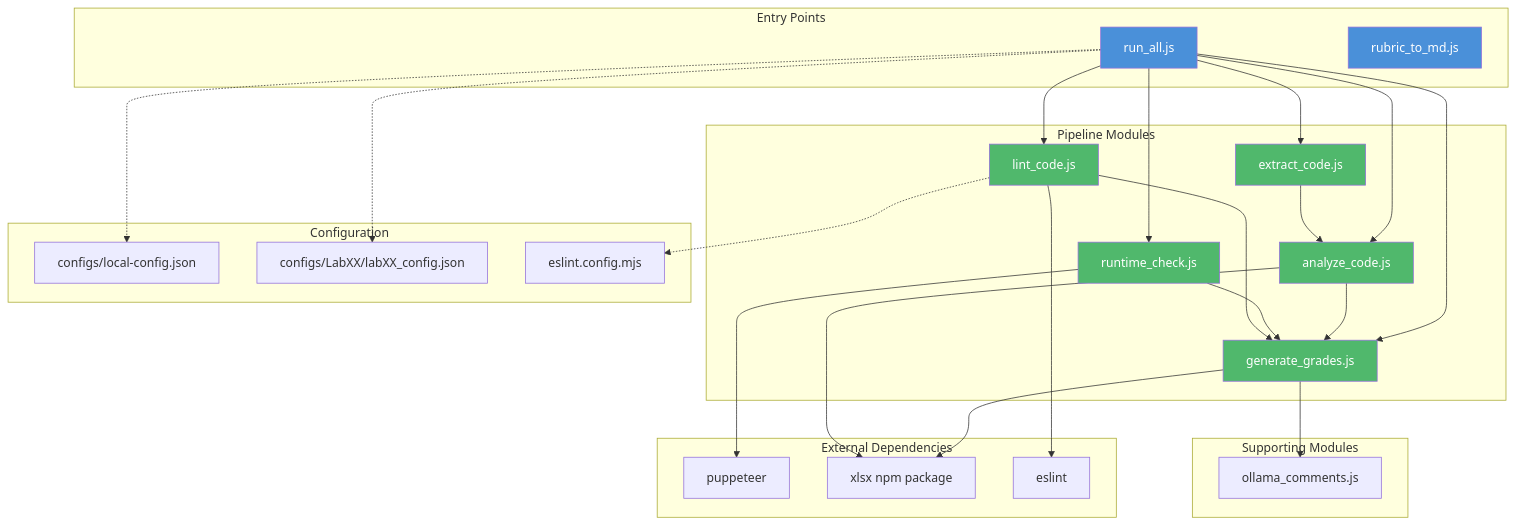
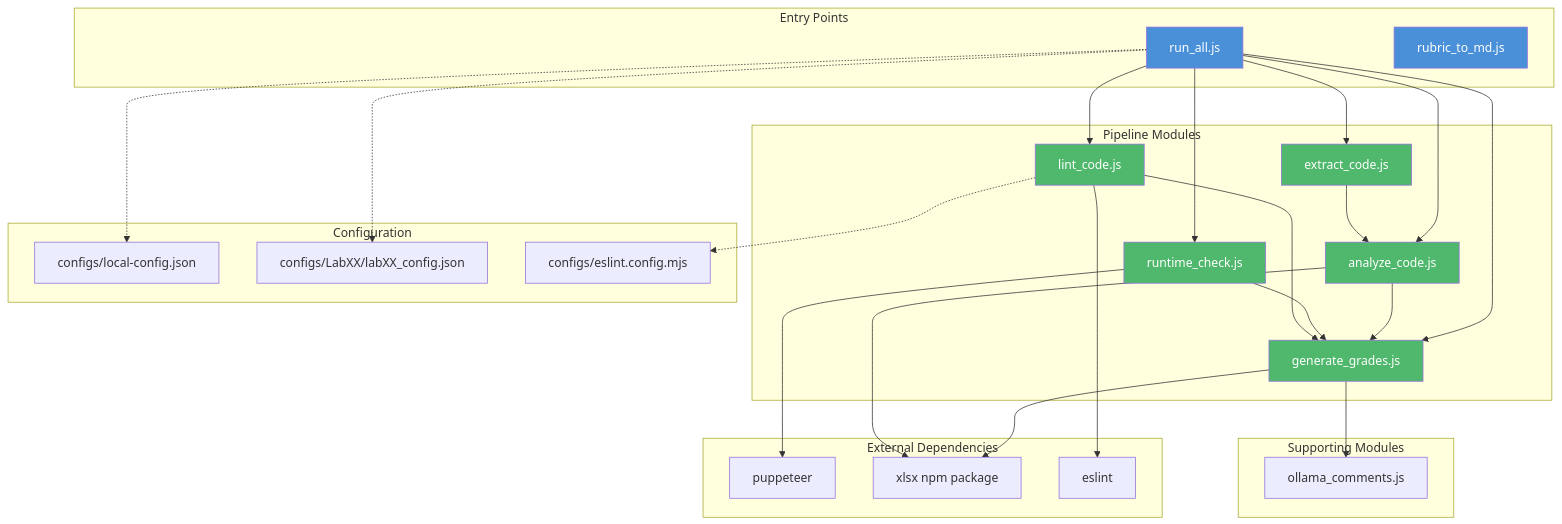
The first of 5 diagrams in DEVELOPER_GUIDE.md (ProfBird/CS233JS-AI_Grading), drawn with Mermaid before and after one commit. The commit also changed other lines of this file and 2 other files, not shown here.

````diff
--- a/DEVELOPER_GUIDE.md
+++ b/DEVELOPER_GUIDE.md
@@ -13,66 +13,66 @@
 ```mermaid
 graph TD
     subgraph "Entry Points"
         run_all[run_all.js]
         rubric_to_md[rubric_to_md.js]
     end
 
     subgraph "Pipeline Modules"
         extract[extract_code.js]
         runtime[runtime_check.js]
         analyze[analyze_code.js]
         lint[lint_code.js]
         grades[generate_grades.js]
     end
 
     subgraph "Supporting Modules"
         ollama[ollama_comments.js]
     end
 
     subgraph "External Dependencies"
         puppeteer
         xlsx_npm[xlsx npm package]
         eslint
     end
 
     subgraph "Configuration"
         local_config[configs/local-config.json]
         lab_configs[configs/LabXX/labXX_config.json]
-        eslint_config[eslint.config.mjs]
+        eslint_config[configs/eslint.config.mjs]
     end
 
     %% Entry → Pipeline
     run_all --> extract
     run_all --> runtime
     run_all --> analyze
     run_all --> lint
     run_all --> grades
 
     %% Config loading
     run_all -.-> local_config
     run_all -.-> lab_configs
 
     %% Module internal deps
     grades --> ollama
 
     %% External deps
     runtime --> puppeteer
     grades --> xlsx_npm
     analyze --> xlsx_npm
     lint --> eslint
     lint -.-> eslint_config
 
     %% Data flow direction (for readability)
     extract --> analyze
     analyze --> grades
     runtime --> grades
     lint --> grades
 
     style run_all fill:#4a90d9,color:#fff
     style rubric_to_md fill:#4a90d9,color:#fff
     style extract fill:#50b86c,color:#fff
     style runtime fill:#50b86c,color:#fff
     style analyze fill:#50b86c,color:#fff
     style lint fill:#50b86c,color:#fff
     style grades fill:#50b86c,color:#fff
 ```
````
